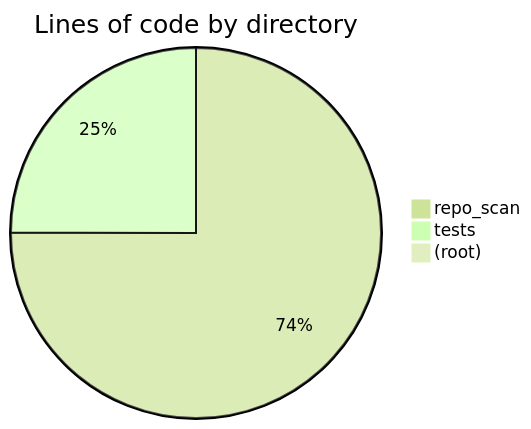
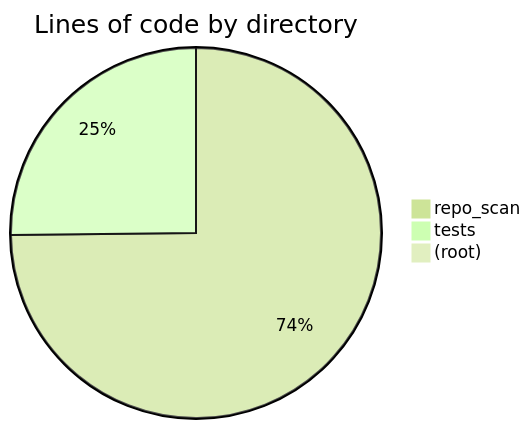
One commit to hhleroy97/repo-scan changed the first of 2 diagrams in docs/reports/health.md. Above: the diagram before and after it, drawn with Mermaid (forest theme). The commit also changed other lines of this file and 15 other files, not shown here.

````diff
--- a/docs/reports/health.md
+++ b/docs/reports/health.md
@@ -6,6 +6,6 @@
 ```mermaid
 pie title Lines of code by directory
-    "repo_scan" : 2440
-    "tests" : 812
+    "repo_scan" : 2453
+    "tests" : 825
     "(root)" : 27
 ```
````
